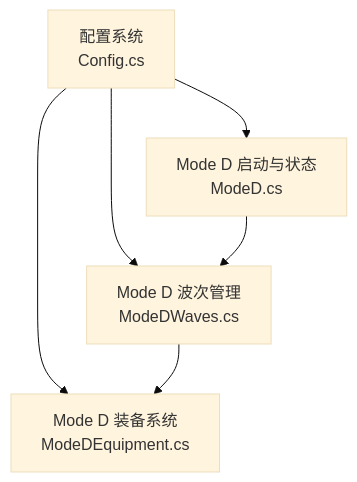
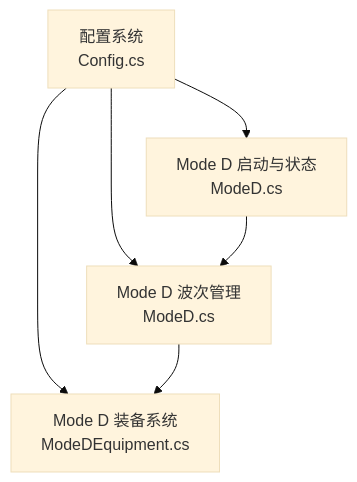
Before and after one commit to GASEN1216/BossRushMod: the first of 4 diagrams in .qoder/repowiki/zh/content/配置与部署/配置管理/配置选项详解/模式特定配置.md, drawn with Mermaid (base theme). The commit also changed other lines of this file and 124 other files, not shown here.

````diff
--- a/.qoder/repowiki/zh/content/配置与部署/配置管理/配置选项详解/模式特定配置.md
+++ b/.qoder/repowiki/zh/content/配置与部署/配置管理/配置选项详解/模式特定配置.md
@@ -30,8 +30,8 @@
 ```mermaid
 graph TB
 A["配置系统<br/>Config.cs"] --> B["Mode D 启动与状态<br/>ModeD.cs"]
-A --> C["Mode D 波次管理<br/>ModeDWaves.cs"]
+A --> C["Mode D 波次管理<br/>ModeD.cs"]
 A --> D["Mode D 装备系统<br/>ModeDEquipment.cs"]
 B --> C
 C --> D
 ```
````
